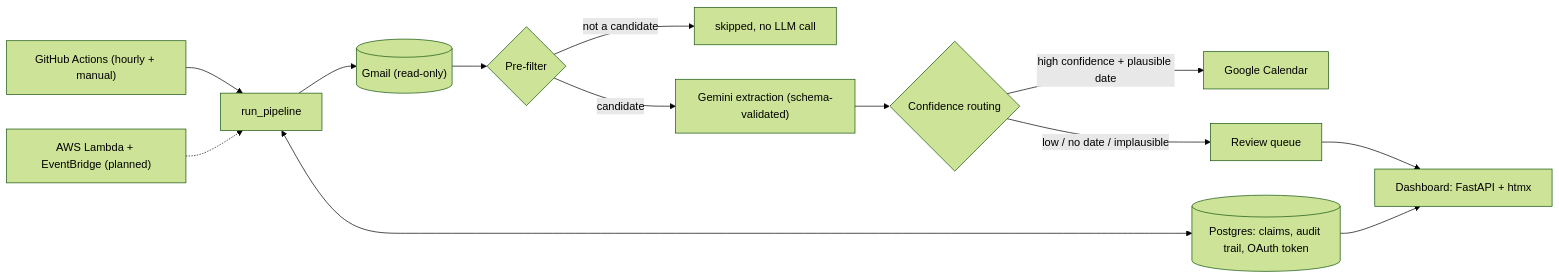
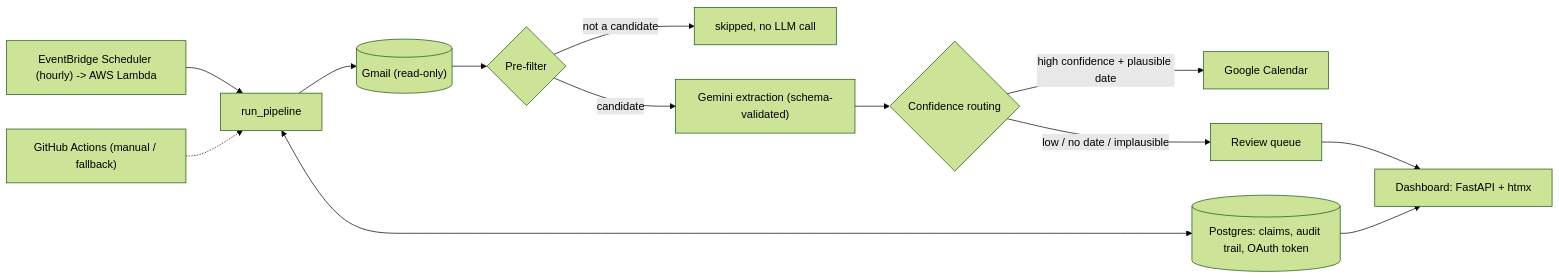
The diagram in README.md (sweksha-cloud/todue-relay), drawn with Mermaid (forest theme) before and after one commit. The commit also changed other lines of this file, not shown here.

First line of the commit message:
Update the README: the scheduled job now runs on AWS Lambda

````diff
--- a/README.md
+++ b/README.md
@@ -16,15 +16,15 @@
 ```mermaid
 flowchart LR
-    T1["GitHub Actions (hourly + manual)"] --> P["run_pipeline"]
-    T2["AWS Lambda + EventBridge (planned)"] -.-> P
+    T1["EventBridge Scheduler (hourly) -> AWS Lambda"] --> P["run_pipeline"]
+    T2["GitHub Actions (manual / fallback)"] -.-> P
     P --> G[("Gmail (read-only)")]
     G --> F{"Pre-filter"}
     F -- "not a candidate" --> X["skipped, no LLM call"]
     F -- "candidate" --> L["Gemini extraction (schema-validated)"]
     L --> R{"Confidence routing"}
     R -- "high confidence + plausible date" --> C["Google Calendar"]
     R -- "low / no date / implausible" --> Q["Review queue"]
     P <--> DB[("Postgres: claims, audit trail, OAuth token")]
     Q --> D["Dashboard: FastAPI + htmx"]
     DB --> D
 ```
````
